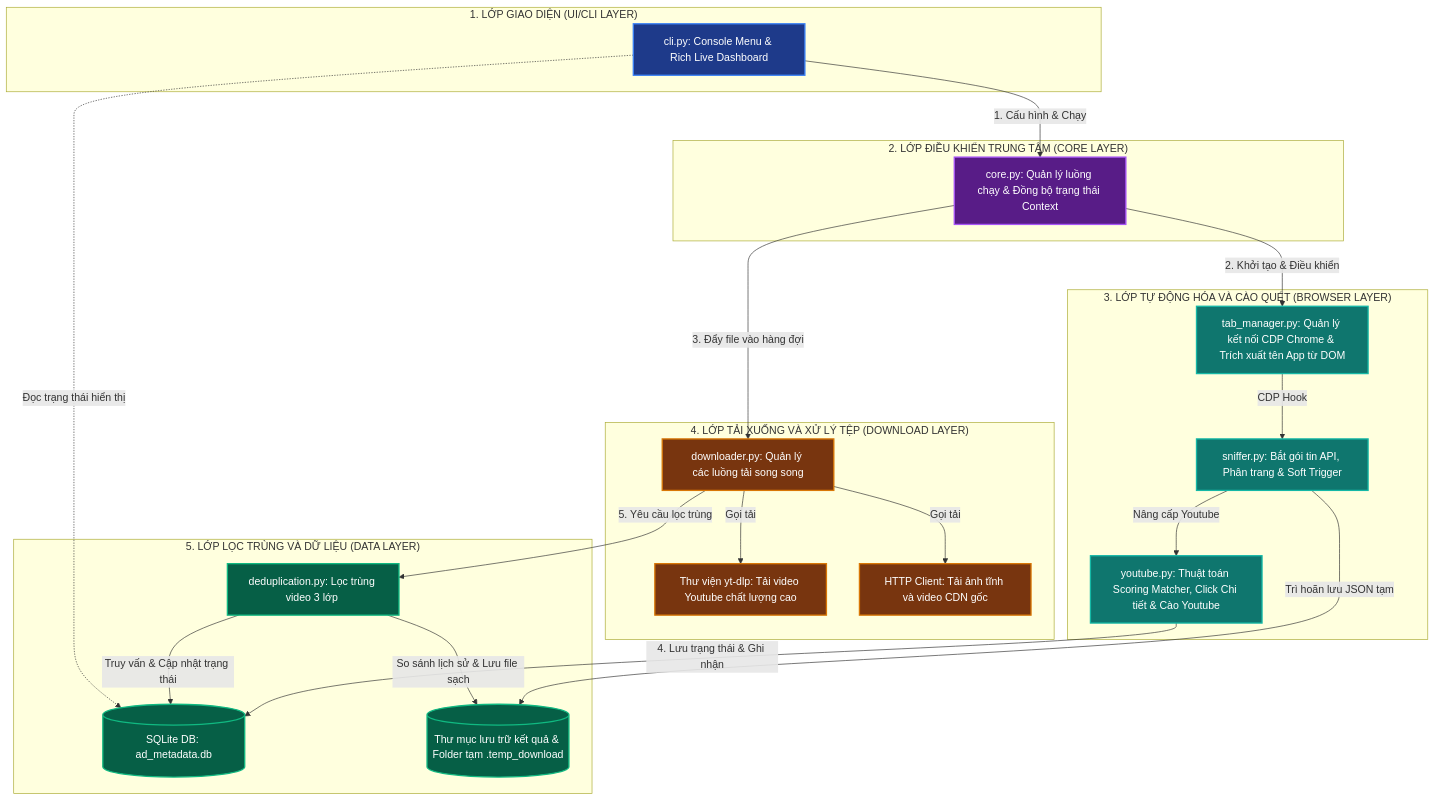
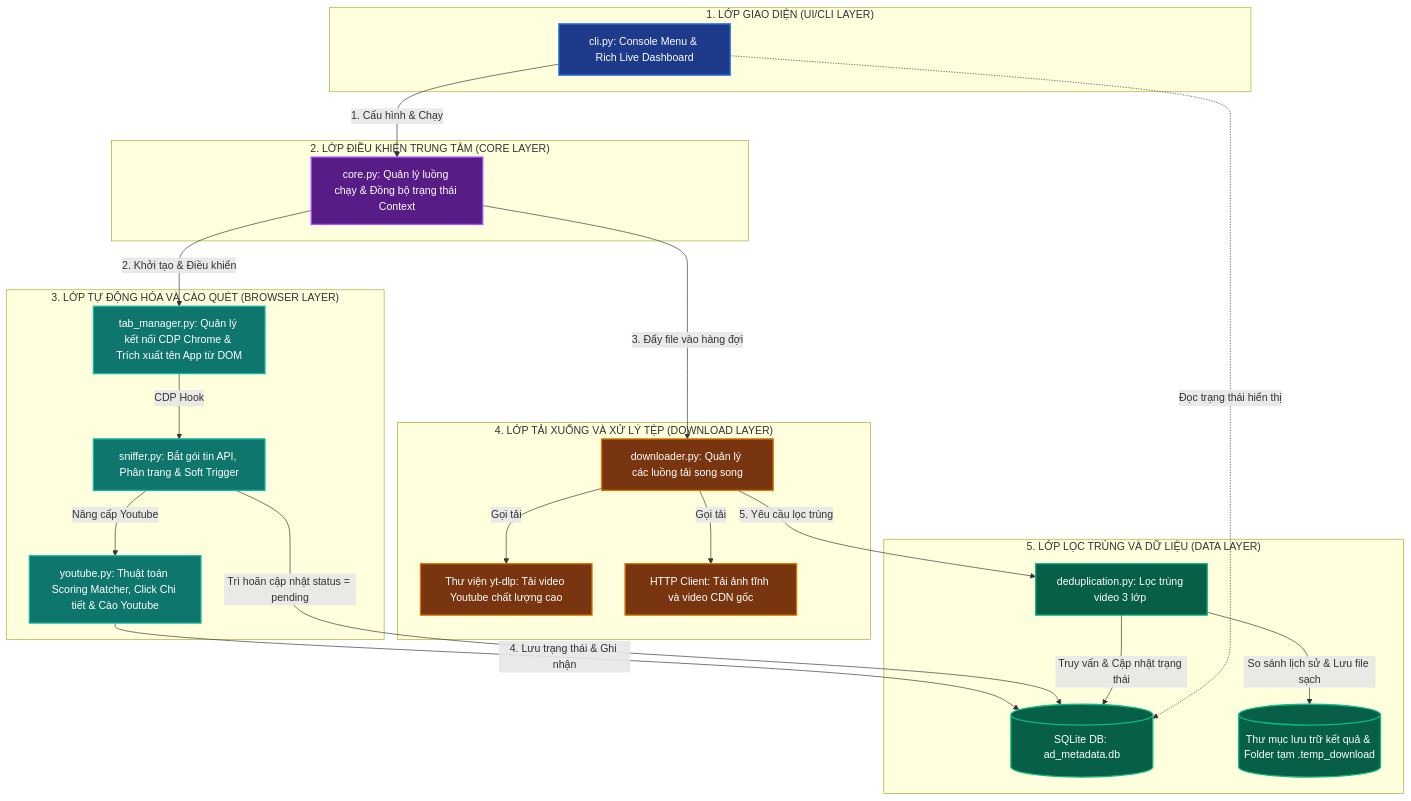
Before and after one commit to daclong120-del/my_tools: the diagram in tools/socialpeta_downloader/cli/cli_v2/Software Requirements Specification/Architecture Diagram.md, drawn with Mermaid. The commit also changed other lines of this file and 15 other files, not shown here.

````diff
--- a/tools/socialpeta_downloader/cli/cli_v2/Software Requirements Specification/Architecture Diagram.md
+++ b/tools/socialpeta_downloader/cli/cli_v2/Software Requirements Specification/Architecture Diagram.md
@@ -13,59 +13,59 @@
 ```mermaid
 graph TD
     %% Định nghĩa Màu sắc hiển thị cho từng lớp kiến trúc
     classDef ui fill:#1e3a8a,stroke:#3b82f6,stroke-width:2px,color:#fff;
     classDef core fill:#581c87,stroke:#a855f7,stroke-width:2px,color:#fff;
     classDef browser fill:#0f766e,stroke:#14b8a6,stroke-width:2px,color:#fff;
     classDef downloader fill:#78350f,stroke:#d97706,stroke-width:2px,color:#fff;
     classDef db fill:#065f46,stroke:#10b981,stroke-width:2px,color:#fff;
 
     %% Lớp Giao diện (Presentation Layer)
     subgraph LayerUI ["1. LỚP GIAO DIỆN (UI/CLI LAYER)"]
         CLI[cli.py: Console Menu & Rich Live Dashboard]:::ui
     end
 
     %% Lớp Điều khiển (Core / Orchestration Layer)
     subgraph LayerCore ["2. LỚP ĐIỀU KHIỂN TRUNG TÂM (CORE LAYER)"]
         CoreEngine[core.py: Quản lý luồng chạy & Đồng bộ trạng thái Context]:::core
     end
 
     %% Lớp Tự động hóa Trình duyệt (Browser Automation & Sniffing Layer)
     subgraph LayerBrowser ["3. LỚP TỰ ĐỘNG HÓA VÀ CÀO QUÉT (BROWSER LAYER)"]
         TabMgr[tab_manager.py: Quản lý kết nối CDP Chrome & Trích xuất tên App từ DOM]:::browser
         Sniffer[sniffer.py: Bắt gói tin API, Phân trang & Soft Trigger]:::browser
         YTService[youtube.py: Thuật toán Scoring Matcher, Click Chi tiết & Cào Youtube]:::browser
     end
 
     %% Lớp Tải xuống song song (Parallel Downloader Layer)
     subgraph LayerDownloader ["4. LỚP TẢI XUỐNG VÀ XỬ LÝ TỆP (DOWNLOAD LAYER)"]
         Downloader[downloader.py: Quản lý các luồng tải song song]:::downloader
         YTDLP[Thư viện yt-dlp: Tải video Youtube chất lượng cao]:::downloader
         HTTPClient[HTTP Client: Tải ảnh tĩnh và video CDN gốc]:::downloader
     end
 
     %% Lớp Lọc trùng & Cơ sở dữ liệu (Deduplication & Data Layer)
     subgraph LayerData ["5. LỚP LỌC TRÙNG VÀ DỮ LIỆU (DATA LAYER)"]
         Dedup[deduplication.py: Lọc trùng video 3 lớp <Duration - PCM Audio MD5 - Frame dHash>]:::db
         SQLiteDB[(SQLite DB: ad_metadata.db)]:::db
         FileStore[(Thư mục lưu trữ kết quả & Folder tạm .temp_download)]:::db
     end
 
     %% Các luồng giao tiếp chính giữa các lớp
     CLI -->|1. Cấu hình & Chạy| CoreEngine
     CoreEngine -->|2. Khởi tạo & Điều khiển| TabMgr
     CoreEngine -->|3. Đẩy file vào hàng đợi| Downloader
     
     TabMgr -->|CDP Hook| Sniffer
     Sniffer -->|Nâng cấp Youtube| YTService
     
     YTService -->|4. Lưu trạng thái & Ghi nhận| SQLiteDB
-    Sniffer -->|Trì hoãn lưu JSON tạm| FileStore
+    Sniffer -->|Trì hoãn cập nhật status = pending| SQLiteDB
     
     Downloader -->|Gọi tải| YTDLP
     Downloader -->|Gọi tải| HTTPClient
     Downloader -->|5. Yêu cầu lọc trùng| Dedup
     
     Dedup -->|So sánh lịch sử & Lưu file sạch| FileStore
     Dedup -->|Truy vấn & Cập nhật trạng thái| SQLiteDB
     CLI -.->|Đọc trạng thái hiển thị| SQLiteDB
 ```
````
